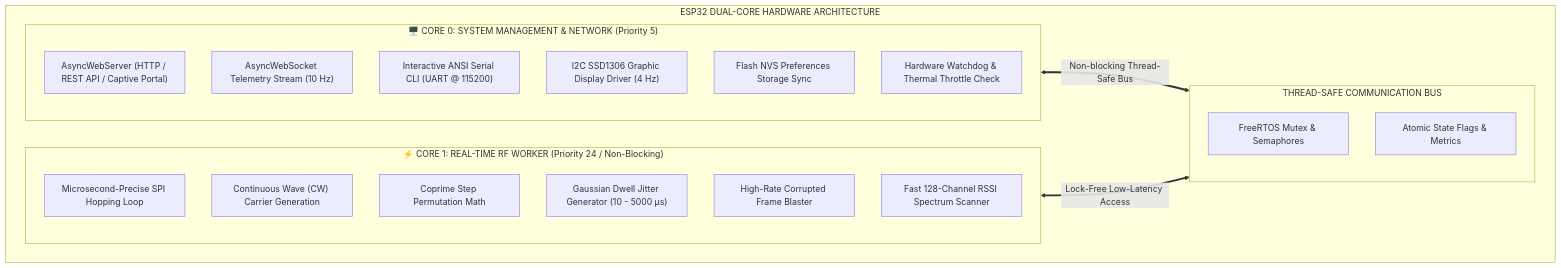
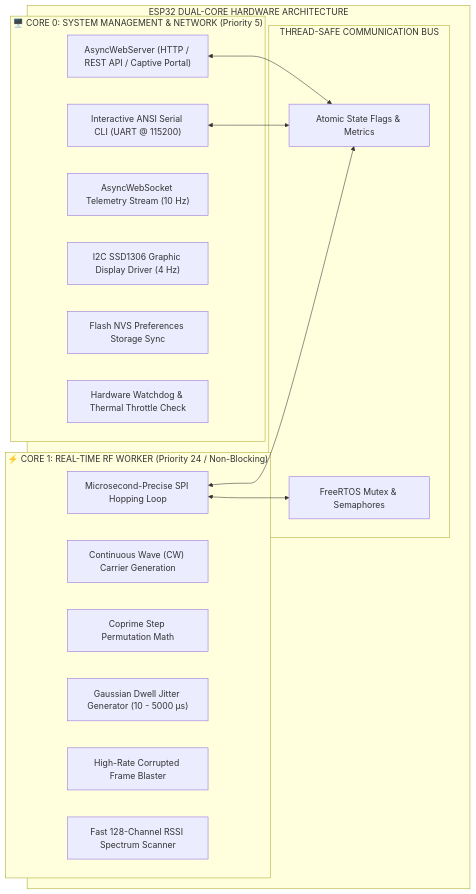
The first of 3 diagrams in docs/ARCHITECTURE.md (AtaCanYmc/esp32-rf-sword), drawn with Mermaid before and after one commit. The commit also changed other lines of this file and 2 other files, not shown here.

Commit message:
Fix Mermaid syntax in README and docs to resolve dagre rendering errors

````diff
--- a/docs/ARCHITECTURE.md
+++ b/docs/ARCHITECTURE.md
@@ -11,30 +11,32 @@
 ```mermaid
 flowchart TB
     subgraph ESP32_CHIP ["ESP32 DUAL-CORE HARDWARE ARCHITECTURE"]
         subgraph CORE_1 ["⚡ CORE 1: REAL-TIME RF WORKER (Priority 24 / Non-Blocking)"]
             RF_LOOP["Microsecond-Precise SPI Hopping Loop"]
             CW_GEN["Continuous Wave (CW) Carrier Generation"]
             COPRIME["Coprime Step Permutation Math"]
             JITTER["Gaussian Dwell Jitter Generator (10 - 5000 µs)"]
             NOISE_BLAST["High-Rate Corrupted Frame Blaster"]
             SPEC_SCAN["Fast 128-Channel RSSI Spectrum Scanner"]
         end
 
         subgraph CORE_0 ["🖥️ CORE 0: SYSTEM MANAGEMENT & NETWORK (Priority 5)"]
             WEB_SRV["AsyncWebServer (HTTP / REST API / Captive Portal)"]
             WS_SRV["AsyncWebSocket Telemetry Stream (10 Hz)"]
             SERIAL_CLI["Interactive ANSI Serial CLI (UART @ 115200)"]
             OLED_DRV["I2C SSD1306 Graphic Display Driver (4 Hz)"]
             NVS_SYNC["Flash NVS Preferences Storage Sync"]
             SAFETY["Hardware Watchdog & Thermal Throttle Check"]
         end
 
         subgraph SHARED_BUS ["THREAD-SAFE COMMUNICATION BUS"]
             MUTEX["FreeRTOS Mutex & Semaphores"]
             ATOMIC["Atomic State Flags & Metrics"]
         end
     end
 
-    CORE_0 <==>|Non-blocking Thread-Safe Bus| SHARED_BUS
-    CORE_1 <==>|Lock-Free Low-Latency Access| SHARED_BUS
+    WEB_SRV <--> ATOMIC
+    SERIAL_CLI <--> ATOMIC
+    RF_LOOP <--> ATOMIC
+    RF_LOOP <--> MUTEX
 ```
````
